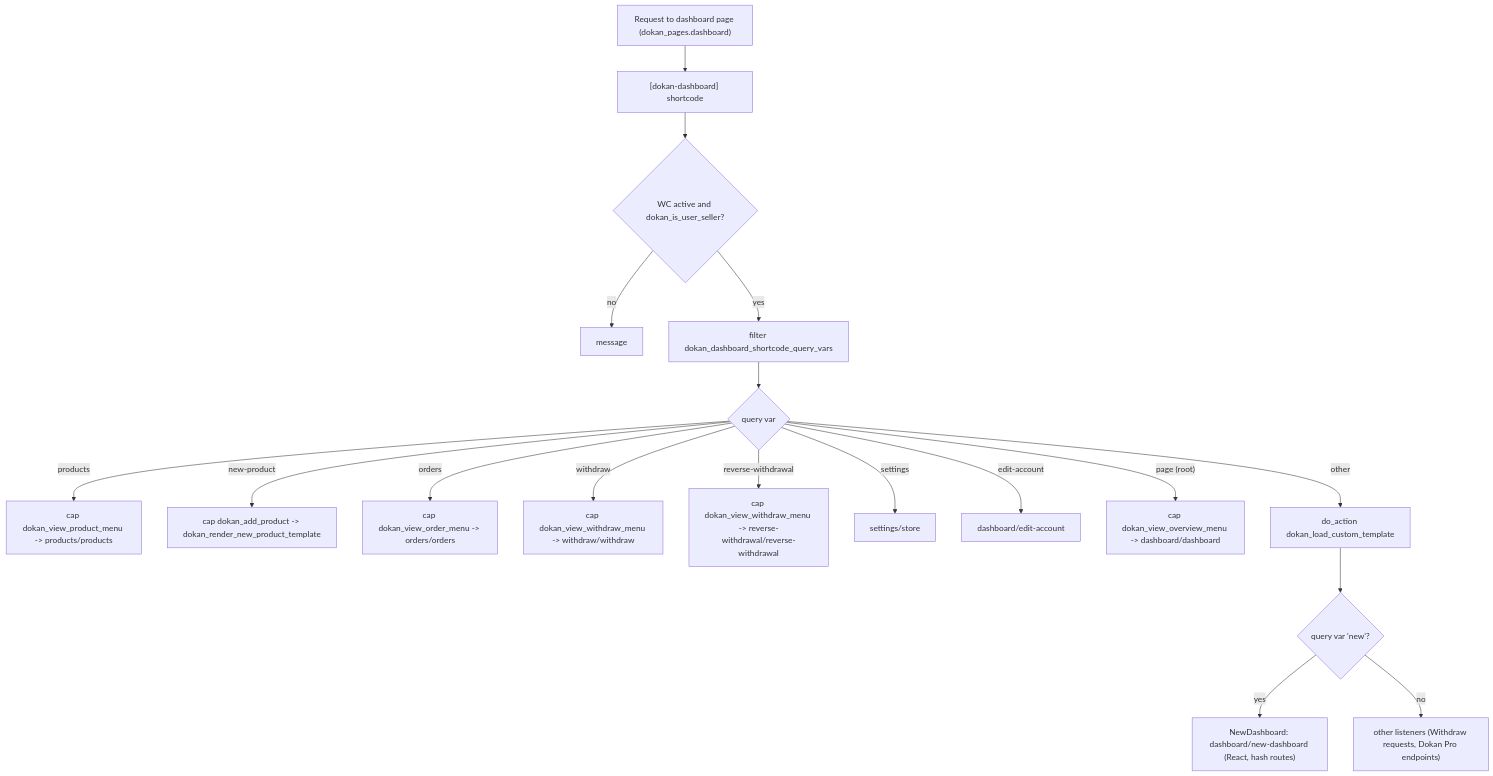
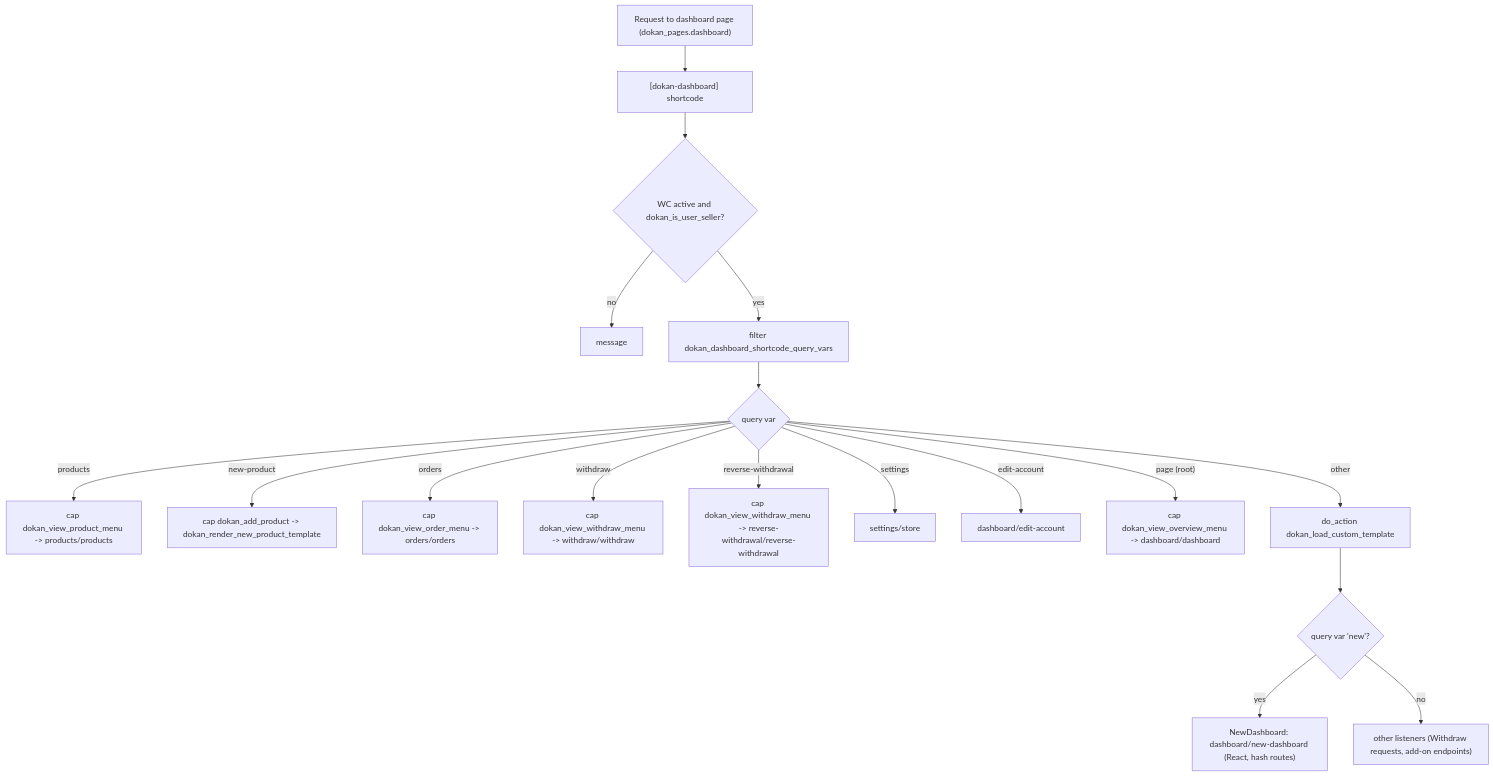
One commit to getdokan/dokan changed the sixth of 9 diagrams in docs/adr/reference/admin-dashboard-and-settings.md. Above: the diagram before and after it, drawn with Mermaid. The commit also changed other lines of this file and 84 other files, not shown here.

````diff
--- a/docs/adr/reference/admin-dashboard-and-settings.md
+++ b/docs/adr/reference/admin-dashboard-and-settings.md
@@ -616,20 +612,20 @@
 ```mermaid
 flowchart TD
     A["Request to dashboard page (dokan_pages.dashboard)"] --> B["[dokan-dashboard] shortcode"]
     B --> C{"WC active and dokan_is_user_seller?"}
     C -- no --> X["message"]
     C -- yes --> D["filter dokan_dashboard_shortcode_query_vars"]
     D --> E{"query var"}
     E -- products --> P["cap dokan_view_product_menu -> products/products"]
     E -- new-product --> NP["cap dokan_add_product -> dokan_render_new_product_template"]
     E -- orders --> O["cap dokan_view_order_menu -> orders/orders"]
     E -- withdraw --> W["cap dokan_view_withdraw_menu -> withdraw/withdraw"]
     E -- reverse-withdrawal --> RW["cap dokan_view_withdraw_menu -> reverse-withdrawal/reverse-withdrawal"]
     E -- settings --> S["settings/store"]
     E -- edit-account --> EA["dashboard/edit-account"]
     E -- "page (root)" --> OV["cap dokan_view_overview_menu -> dashboard/dashboard"]
     E -- other --> CT["do_action dokan_load_custom_template"]
     CT --> NEW{"query var 'new'?"}
     NEW -- yes --> R["NewDashboard: dashboard/new-dashboard (React, hash routes)"]
-    NEW -- no --> PRO["other listeners (Withdraw requests, Dokan Pro endpoints)"]
+    NEW -- no --> PRO["other listeners (Withdraw requests, add-on endpoints)"]
 ```
````
